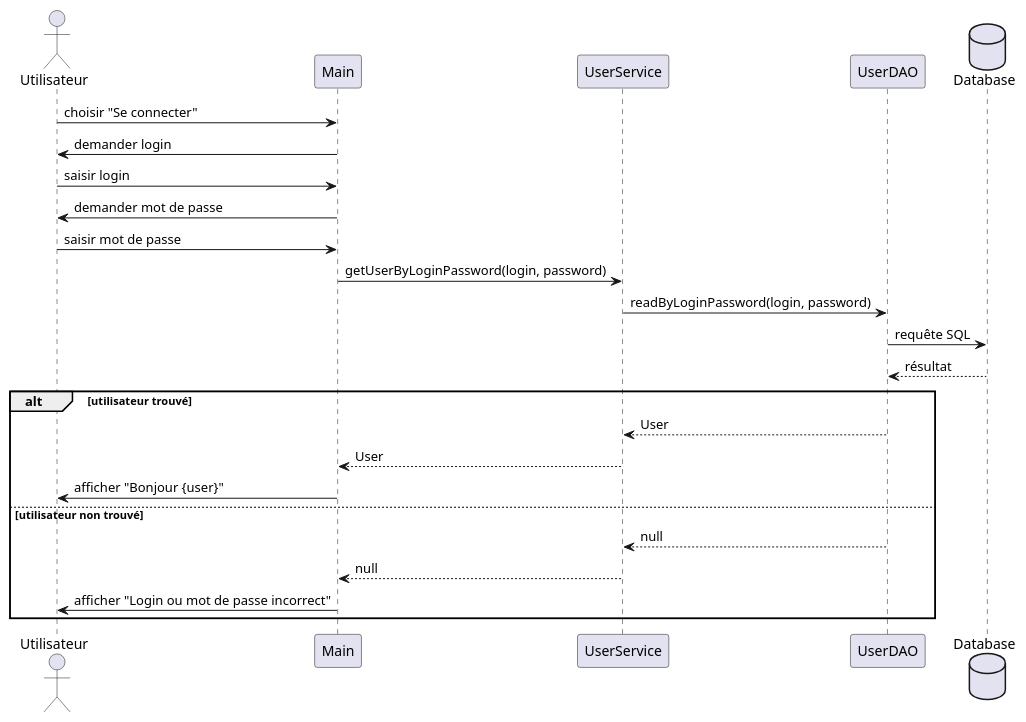
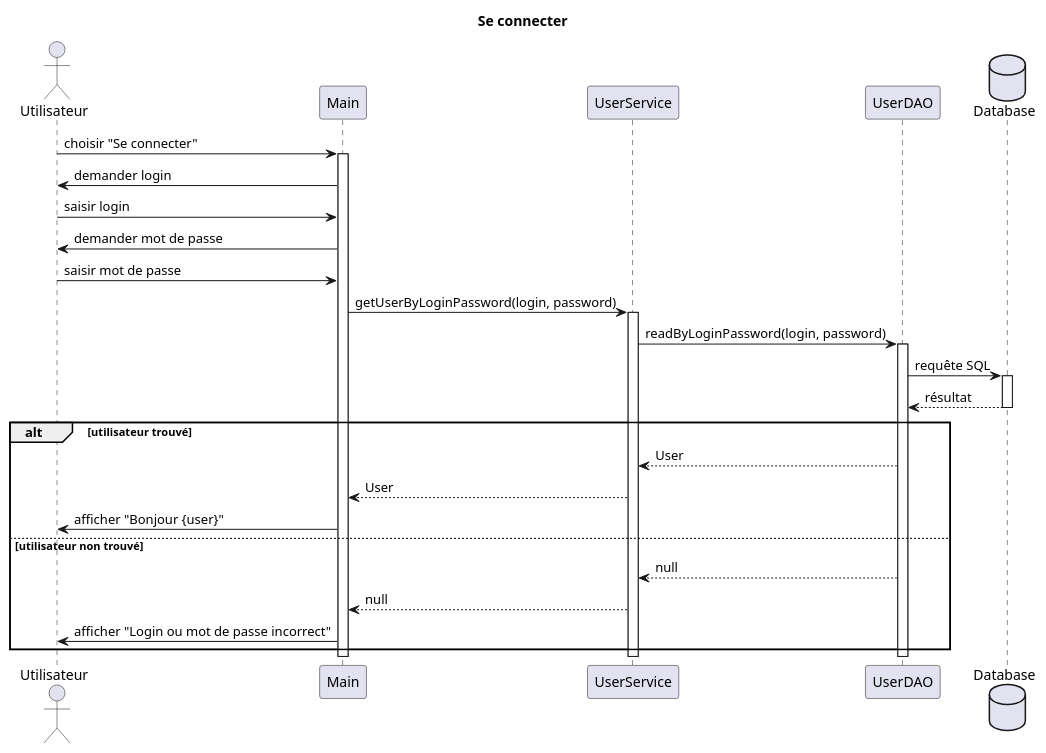
Before and after one commit to AmandineGrardLaurent/JavaEvaluationBusiness: the diagram in docs/sequence_diagrams/sequence_diagram_se_connecter.puml, drawn with PlantUML.

Commit message:
Add lifelines to sequence_diagram_se_connecter.puml

```diff
--- a/docs/sequence_diagrams/sequence_diagram_se_connecter.puml
+++ b/docs/sequence_diagrams/sequence_diagram_se_connecter.puml
@@ -1,28 +1,43 @@
 @startuml sequence diagram se connecter
+title Se connecter
+
 actor Utilisateur
 participant "Main" as Main
 participant "UserService" as UserService
 participant "UserDAO" as UserDAO
 database "Database" as DB
 
 Utilisateur -> Main : choisir "Se connecter"
+activate Main
+
 Main -> Utilisateur : demander login
 Utilisateur -> Main : saisir login
 Main -> Utilisateur : demander mot de passe
 Utilisateur -> Main : saisir mot de passe
 
 Main -> UserService : getUserByLoginPassword(login, password)
+activate UserService
+
 UserService -> UserDAO : readByLoginPassword(login, password)
+activate UserDAO
+
 UserDAO -> DB : requête SQL
+activate DB
+
 DB --> UserDAO : résultat
+deactivate DB
 
 alt utilisateur trouvé
     UserDAO --> UserService : User
     UserService --> Main : User
     Main -> Utilisateur : afficher "Bonjour {user}"
 else utilisateur non trouvé
     UserDAO --> UserService : null
     UserService --> Main : null
     Main -> Utilisateur : afficher "Login ou mot de passe incorrect"
 end
+deactivate UserDAO
+deactivate UserService
+deactivate Main
+
 @enduml
```
